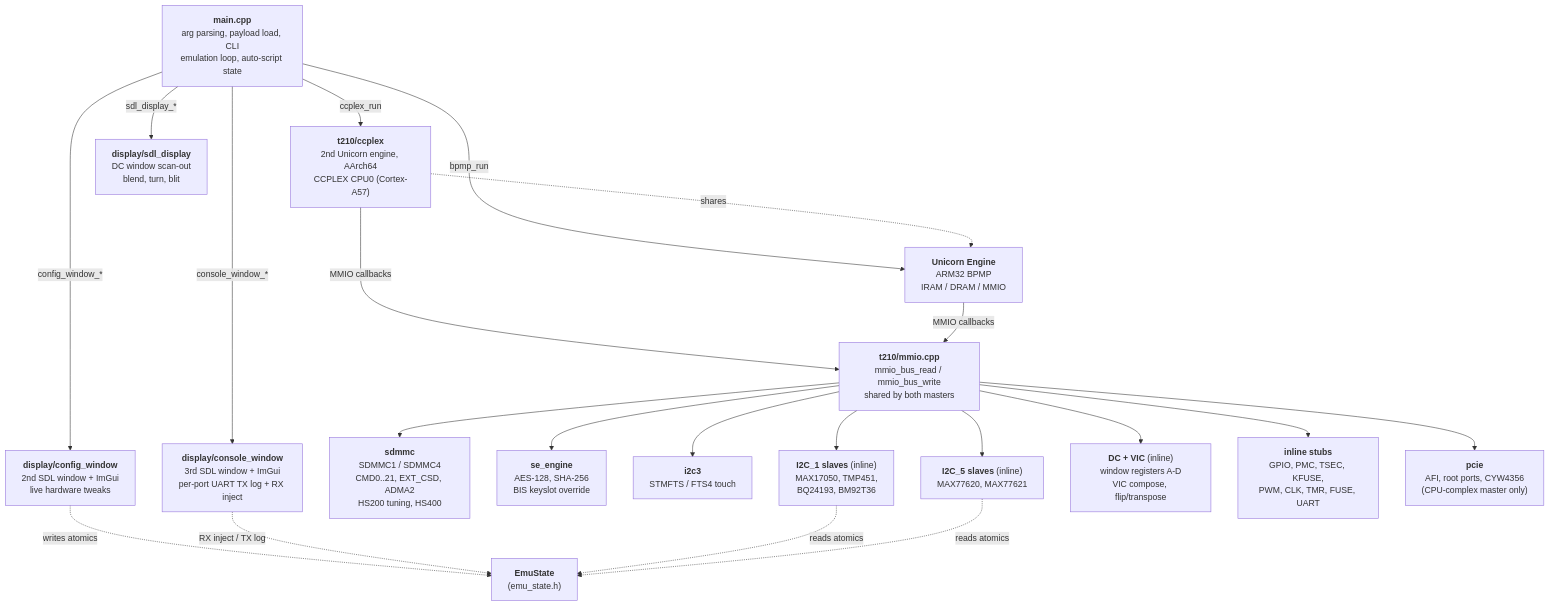
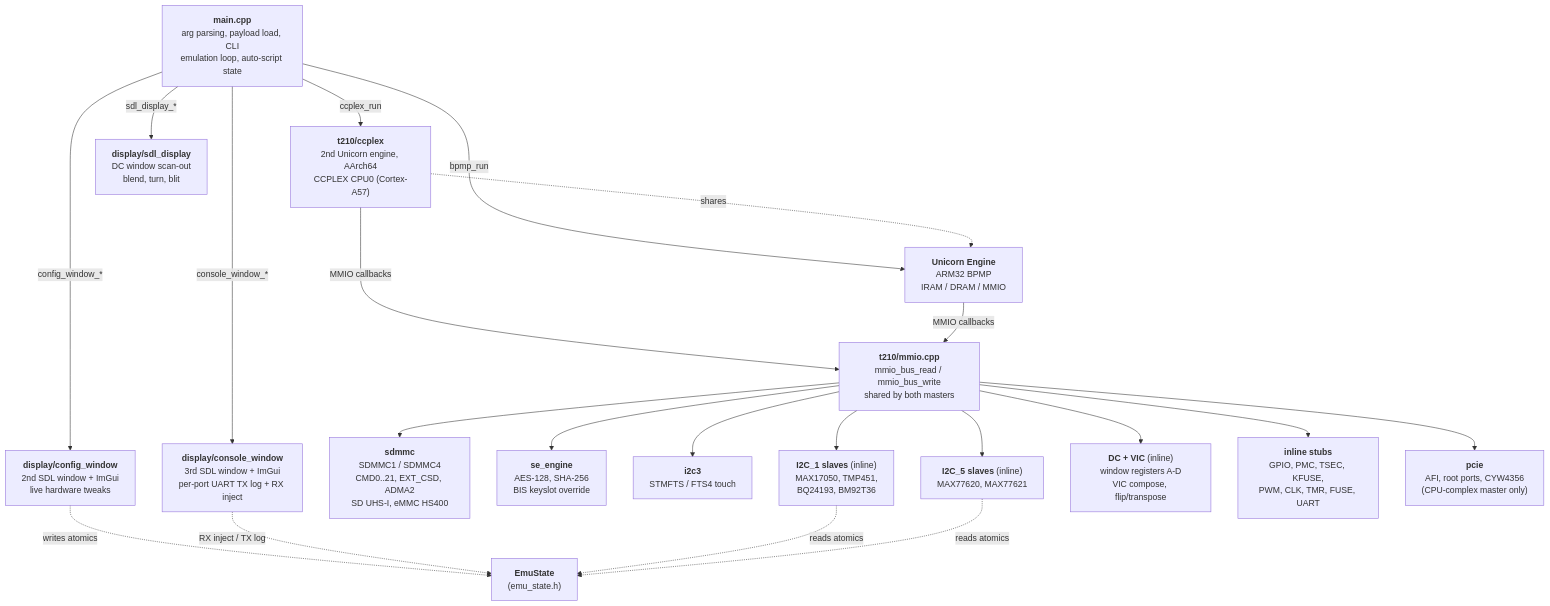
One commit to Creased/RCM-Emulator changed the diagram in DESIGN.md. Above: the diagram before and after it, drawn with Mermaid. The commit also changed other lines of this file and 1 other file, not shown here.

````diff
--- a/DESIGN.md
+++ b/DESIGN.md
@@ -9,28 +9,28 @@
 ```mermaid
 flowchart TB
     main["<b>main.cpp</b><br/>arg parsing, payload load, CLI<br/>emulation loop, auto-script state"]
 
     main -->|bpmp_run| uc["<b>Unicorn Engine</b><br/>ARM32 BPMP<br/>IRAM / DRAM / MMIO"]
     main -->|ccplex_run| a57["<b>t210/ccplex</b><br/>2nd Unicorn engine, AArch64<br/>CCPLEX CPU0 (Cortex-A57)"]
     a57 -->|MMIO callbacks| mmio
     a57 -.->|shares| uc
     main -->|sdl_display_*| sdl["<b>display/sdl_display</b><br/>DC window scan-out<br/>blend, turn, blit"]
     main -->|config_window_*| cfg["<b>display/config_window</b><br/>2nd SDL window + ImGui<br/>live hardware tweaks"]
     main -->|console_window_*| con["<b>display/console_window</b><br/>3rd SDL window + ImGui<br/>per-port UART TX log + RX inject"]
 
     uc -->|MMIO callbacks| mmio["<b>t210/mmio.cpp</b><br/>mmio_bus_read / mmio_bus_write<br/>shared by both masters"]
 
-    mmio --> sdmmc["<b>sdmmc</b><br/>SDMMC1 / SDMMC4<br/>CMD0..21, EXT_CSD, ADMA2<br/>HS200 tuning, HS400"]
+    mmio --> sdmmc["<b>sdmmc</b><br/>SDMMC1 / SDMMC4<br/>CMD0..21, EXT_CSD, ADMA2<br/>SD UHS-I, eMMC HS400"]
     mmio --> se["<b>se_engine</b><br/>AES-128, SHA-256<br/>BIS keyslot override"]
     mmio --> i2c["<b>i2c3</b><br/>STMFTS / FTS4 touch"]
     mmio --> i2c1["<b>I2C_1 slaves</b> (inline)<br/>MAX17050, TMP451,<br/>BQ24193, BM92T36"]
     mmio --> i2c5["<b>I2C_5 slaves</b> (inline)<br/>MAX77620, MAX77621"]
     mmio --> dc["<b>DC + VIC</b> (inline)<br/>window registers A-D<br/>VIC compose, flip/transpose"]
     mmio --> stubs["<b>inline stubs</b><br/>GPIO, PMC, TSEC, KFUSE,<br/>PWM, CLK, TMR, FUSE, UART"]
     mmio --> pcie["<b>pcie</b><br/>AFI, root ports, CYW4356<br/>(CPU-complex master only)"]
 
     cfg -.->|writes atomics| state["<b>EmuState</b><br/>(emu_state.h)"]
     con -.->|RX inject / TX log| state
     i2c1 -.->|reads atomics| state
     i2c5 -.->|reads atomics| state
 ```
````
